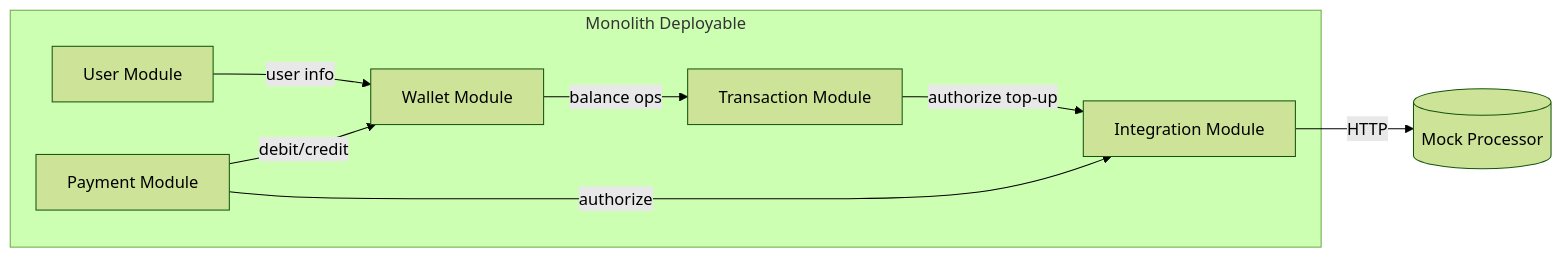
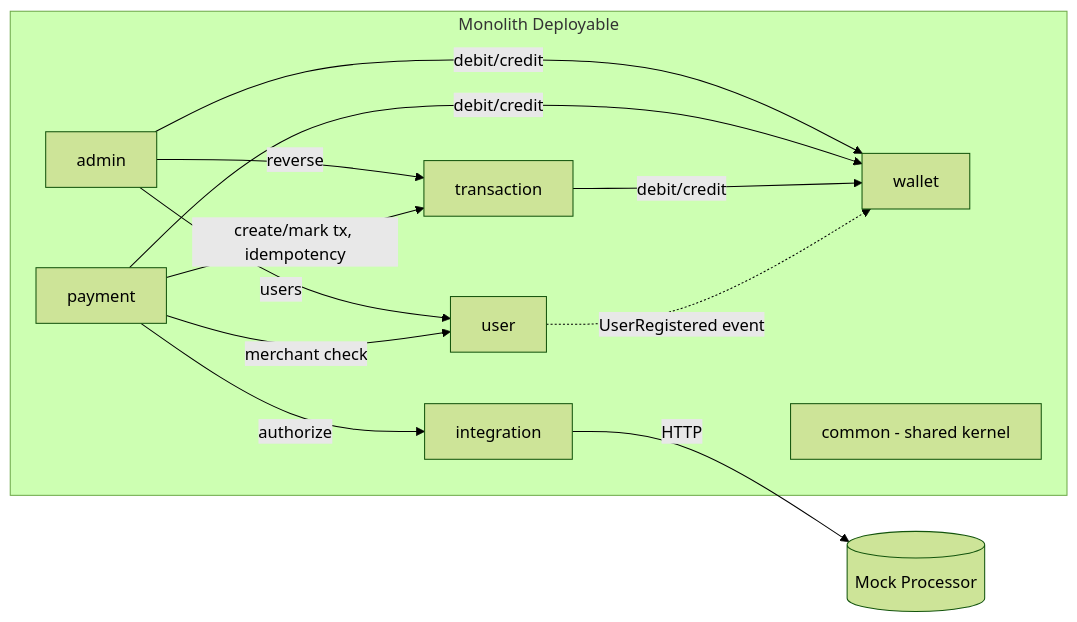
One commit to M-o-m-e-n/finthos changed the second of 5 diagrams in docs/HLD.md. Above: the diagram before and after it, drawn with Mermaid (forest theme). The commit also changed other lines of this file, not shown here.

Commit message:
docs(hld): describe the real module graph and transaction boundaries

````diff
--- a/docs/HLD.md
+++ b/docs/HLD.md
@@ -76,16 +77,22 @@
 ```mermaid
 graph LR
     subgraph Monolith Deployable
-        UM[User Module]
-        WM[Wallet Module]
-        TM[Transaction Module]
-        PM[Payment Module]
-        IM[Integration Module]
+        UM[user]
+        WM[wallet]
+        TM[transaction]
+        PM[payment]
+        IM[integration]
+        AM[admin]
+        CM[common - shared kernel]
     end
-    UM -->|user info| WM
-    WM -->|balance ops| TM
+    UM -.->|UserRegistered event| WM
+    TM -->|debit/credit| WM
     PM -->|debit/credit| WM
+    PM -->|create/mark tx, idempotency| TM
+    PM -->|merchant check| UM
     PM -->|authorize| IM
-    TM -->|authorize top-up| IM
+    AM -->|users| UM
+    AM -->|reverse| TM
+    AM -->|debit/credit| WM
     IM -->|HTTP| MOCK[(Mock Processor)]
 ```
````
